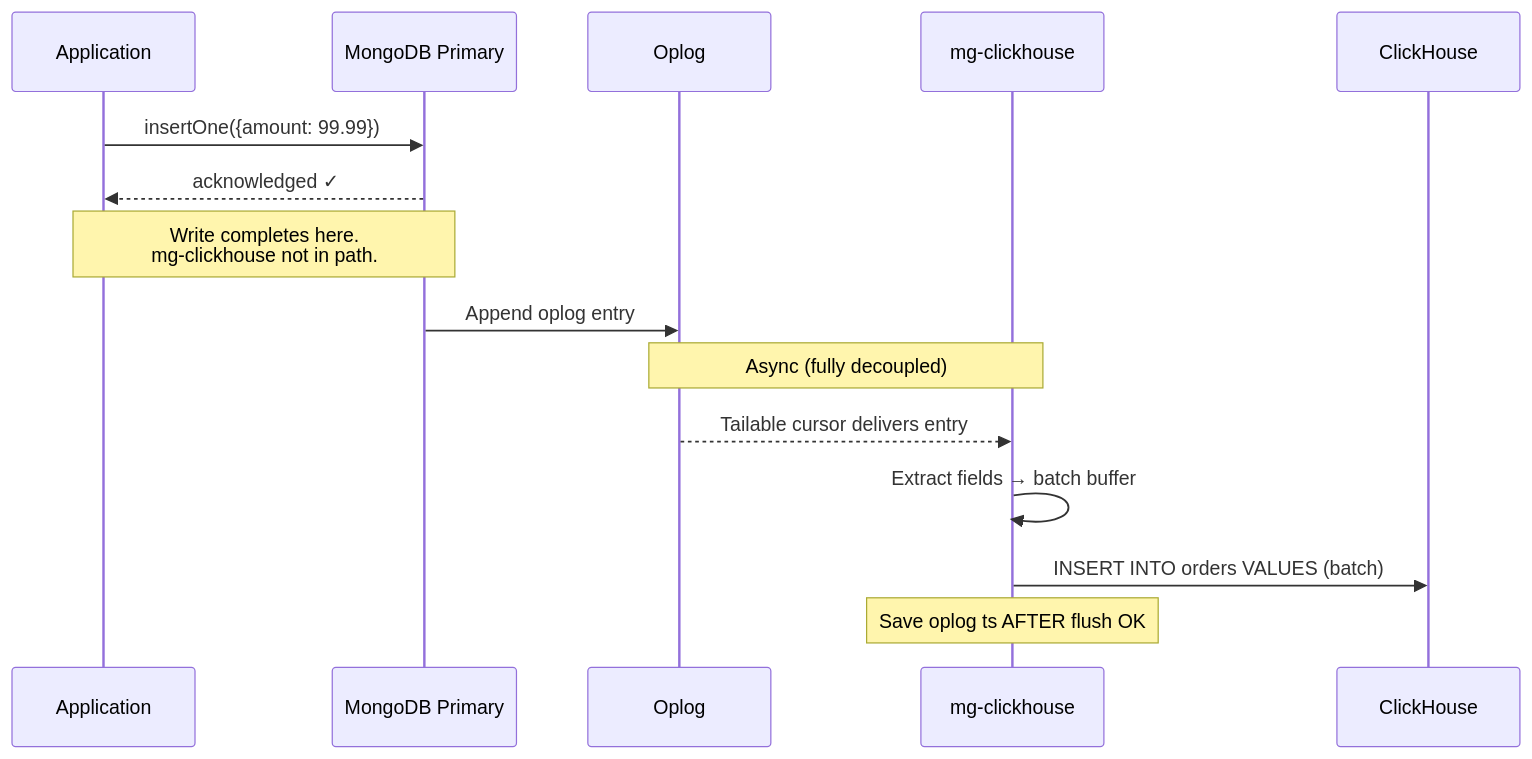
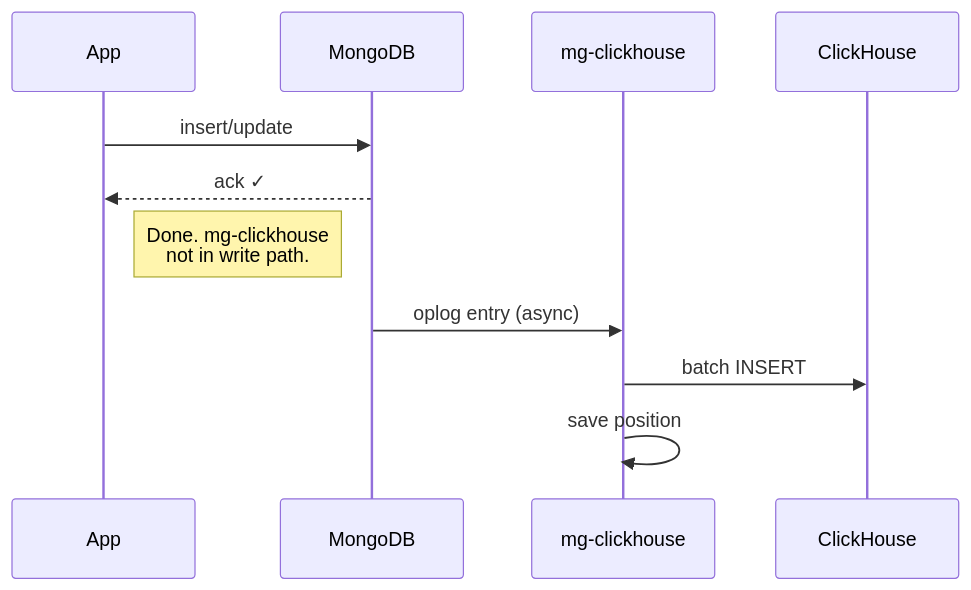
Before and after one commit to mrityunjaysharma/mongo-flux: the second of 6 diagrams in docs/design.md, drawn with Mermaid. The commit also changed other lines of this file and 1 other file, not shown here.

````diff
--- a/docs/design.md
+++ b/docs/design.md
@@ -282,19 +32,9 @@
 ```mermaid
 sequenceDiagram
-    participant App as Application
-    participant MG as MongoDB Primary
-    participant OL as Oplog
-    participant MGC as mg-clickhouse
-    participant CH as ClickHouse
-
-    App->>MG: insertOne({amount: 99.99})
-    MG-->>App: acknowledged ✓
-    Note over App,MG: Write completes here.<br/>mg-clickhouse not in path.
-
-    MG->>OL: Append oplog entry
-    Note over OL,MGC: Async (fully decoupled)
-    OL-->>MGC: Tailable cursor delivers entry
-    MGC->>MGC: Extract fields → batch buffer
-    MGC->>CH: INSERT INTO orders VALUES (batch)
-    Note over MGC: Save oplog ts AFTER flush OK
+    App->>MongoDB: insert/update
+    MongoDB-->>App: ack ✓
+    Note right of App: Done. mg-clickhouse<br/>not in write path.
+    MongoDB->>mg-clickhouse: oplog entry (async)
+    mg-clickhouse->>ClickHouse: batch INSERT
+    mg-clickhouse->>mg-clickhouse: save position
 ```
````
